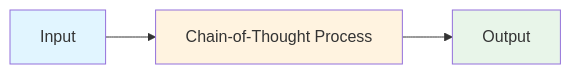
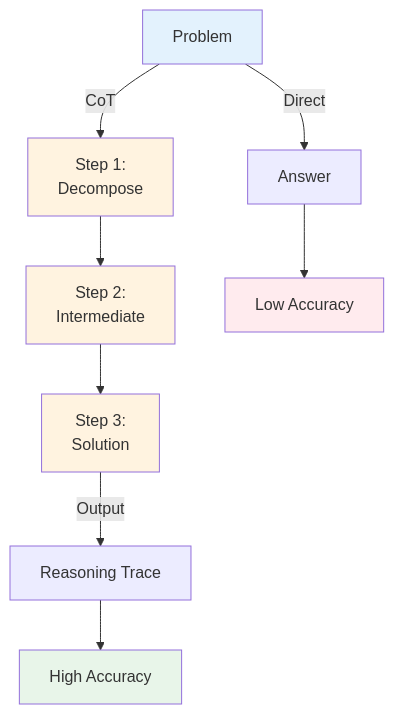
The first of 2 diagrams in llm/concepts/chain-of-thought.md (souradeepta/interviewprep-ai), drawn with Mermaid before and after one commit. The commit also changed other lines of this file and 10 other files, not shown here.

First line of the commit message:
feat: add enhancement script and upgrade 8 key concepts with real Q&A, Mermaid diagrams, real-world examples

````diff
--- a/llm/concepts/chain-of-thought.md
+++ b/llm/concepts/chain-of-thought.md
@@ -51,9 +51,17 @@
 ```mermaid
-graph LR
-    A["Input"] --> B["Chain-of-Thought Process"]
-    B --> C["Output"]
+graph TD
+    A["Problem"] -->|Direct| B["Answer"]
+    A -->|CoT| C["Step 1:<br/>Decompose"]
+    C --> D["Step 2:<br/>Intermediate"]
+    D --> E["Step 3:<br/>Solution"]
+    E -->|Output| F["Reasoning Trace"]
+    B --> G["Low Accuracy"]
+    F --> H["High Accuracy"]
 
-    style A fill:#e1f5ff
-    style B fill:#fff3e0
-    style C fill:#e8f5e9
+    style A fill:#e3f2fd
+    style C fill:#fff3e0
+    style D fill:#fff3e0
+    style E fill:#fff3e0
+    style G fill:#ffebee
+    style H fill:#e8f5e9
 ```
````
